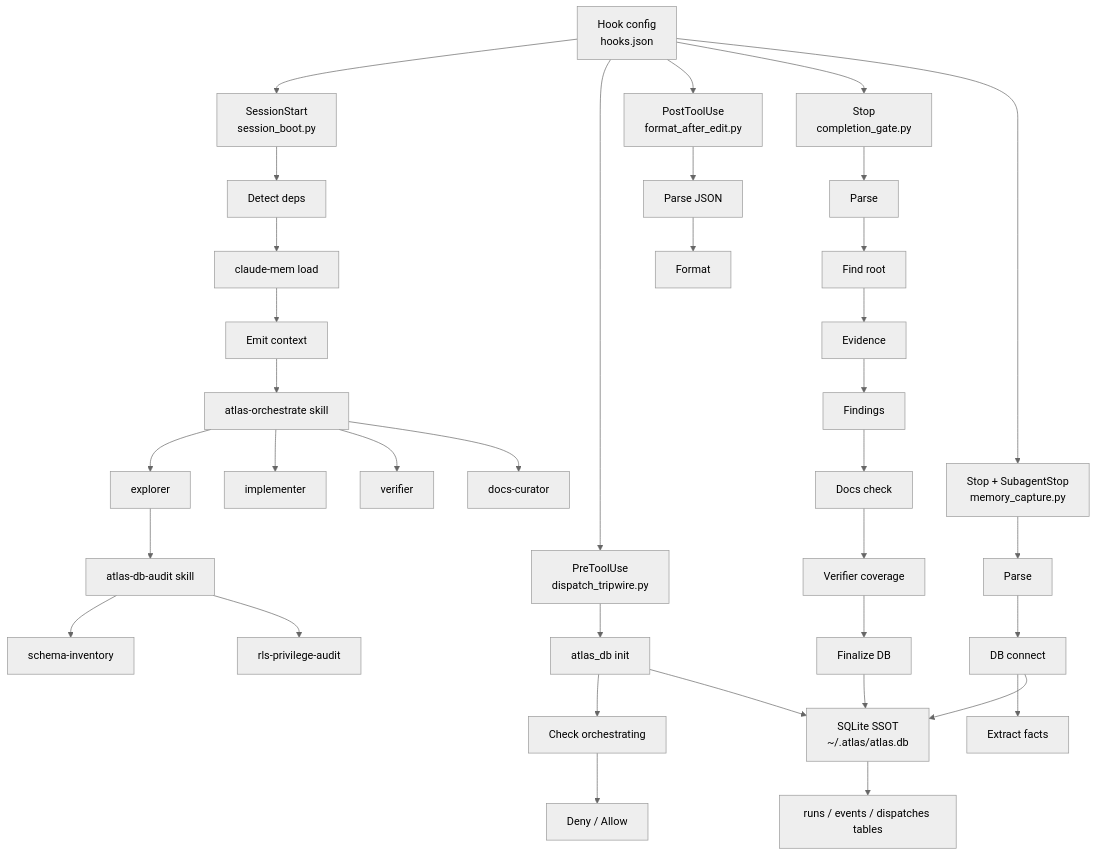
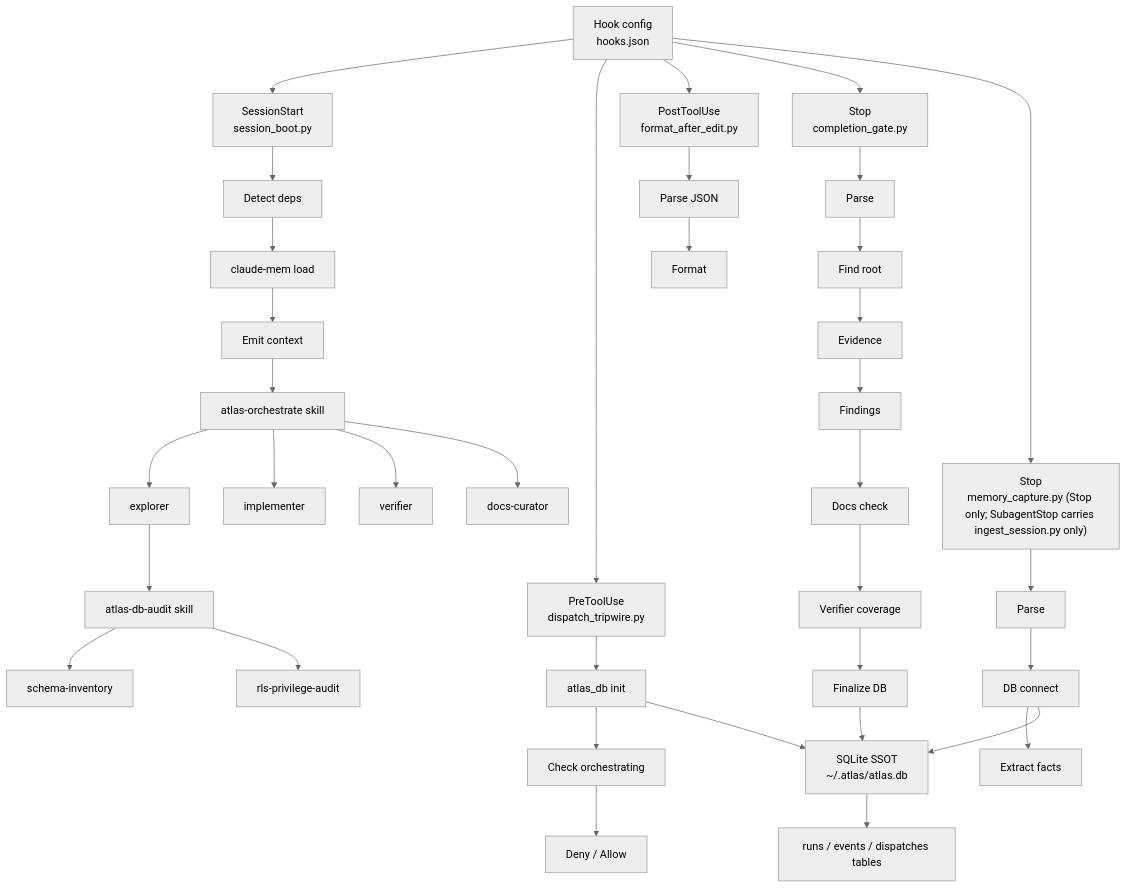
Before and after one commit to w159/tech-tools: the diagram in docs/architecture/atlas-plugin-map-2026-07-17.md, drawn with Mermaid (neutral theme). The commit also changed other lines of this file and 90 other files, not shown here.

````diff
--- a/docs/architecture/atlas-plugin-map-2026-07-17.md
+++ b/docs/architecture/atlas-plugin-map-2026-07-17.md
@@ -7,27 +7,27 @@
 ```mermaid
 graph TD
     A["Hook config<br/>hooks.json"] --> B["SessionStart<br/>session_boot.py"]
     B --> C["Detect deps"] --> D["claude-mem load"] --> E["Emit context"]
 
     A --> F["PreToolUse<br/>dispatch_tripwire.py"]
     F --> G["atlas_db init"] --> H["Check orchestrating"] --> I["Deny / Allow"]
 
     A --> J["PostToolUse<br/>format_after_edit.py"] --> K["Parse JSON"] --> L["Format"]
 
     A --> M["Stop<br/>completion_gate.py"]
     M --> N["Parse"] --> O["Find root"] --> P["Evidence"] --> Q["Findings"]
     Q --> R["Docs check"] --> S["Verifier coverage"] --> T["Finalize DB"]
 
-    A --> U["Stop + SubagentStop<br/>memory_capture.py"]
+    A --> U["Stop<br/>memory_capture.py (Stop only; SubagentStop carries ingest_session.py only)"]
     U --> V["Parse"] --> W["DB connect"] --> X["Extract facts"]
 
     T --> Y["SQLite SSOT<br/>~/.atlas/atlas.db"]
     W --> Y
     G --> Y
     Y --> Z["runs / events / dispatches tables"]
 
     E --> CC["atlas-orchestrate skill"]
     CC --> DD["explorer"] & EE["implementer"] & FF["verifier"] & GG["docs-curator"]
     DD --> HH["atlas-db-audit skill"]
     HH --> II["schema-inventory"] & JJ["rls-privilege-audit"]
 ```
````
